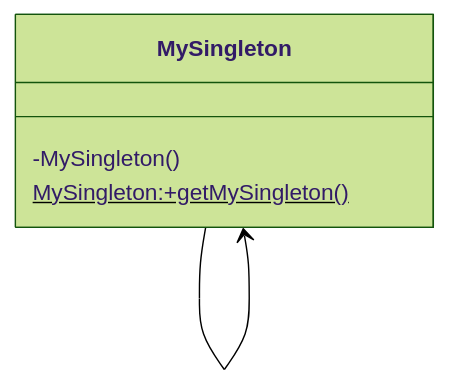
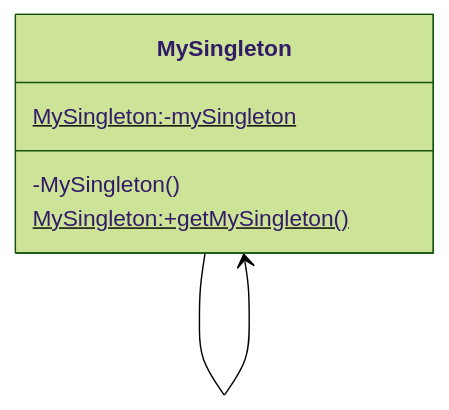
Before and after one commit to lokesh-chouhan/LowLevelDesign: the diagram in DesingPatterns/Creational/Singleton/readme.md, drawn with Mermaid (forest theme).

Commit message:
updated singleton readme

````diff
--- a/DesingPatterns/Creational/Singleton/readme.md
+++ b/DesingPatterns/Creational/Singleton/readme.md
@@ -7,11 +7,12 @@
 ```mermaid
 
 classDiagram
     class MySingleton{
+        MySingleton:-mySingleton$
         -MySingleton()
         MySingleton:+getMySingleton()$
     }
 
     MySingleton --> MySingleton
 
 ```
````
